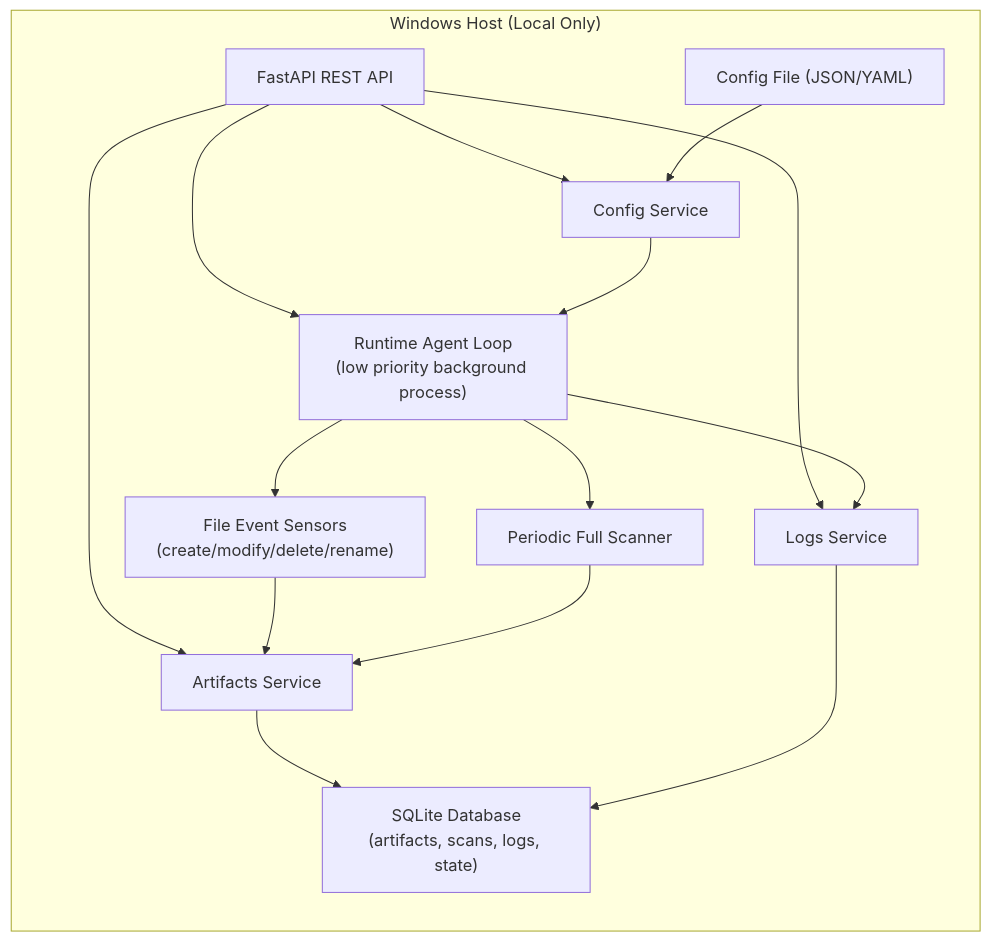
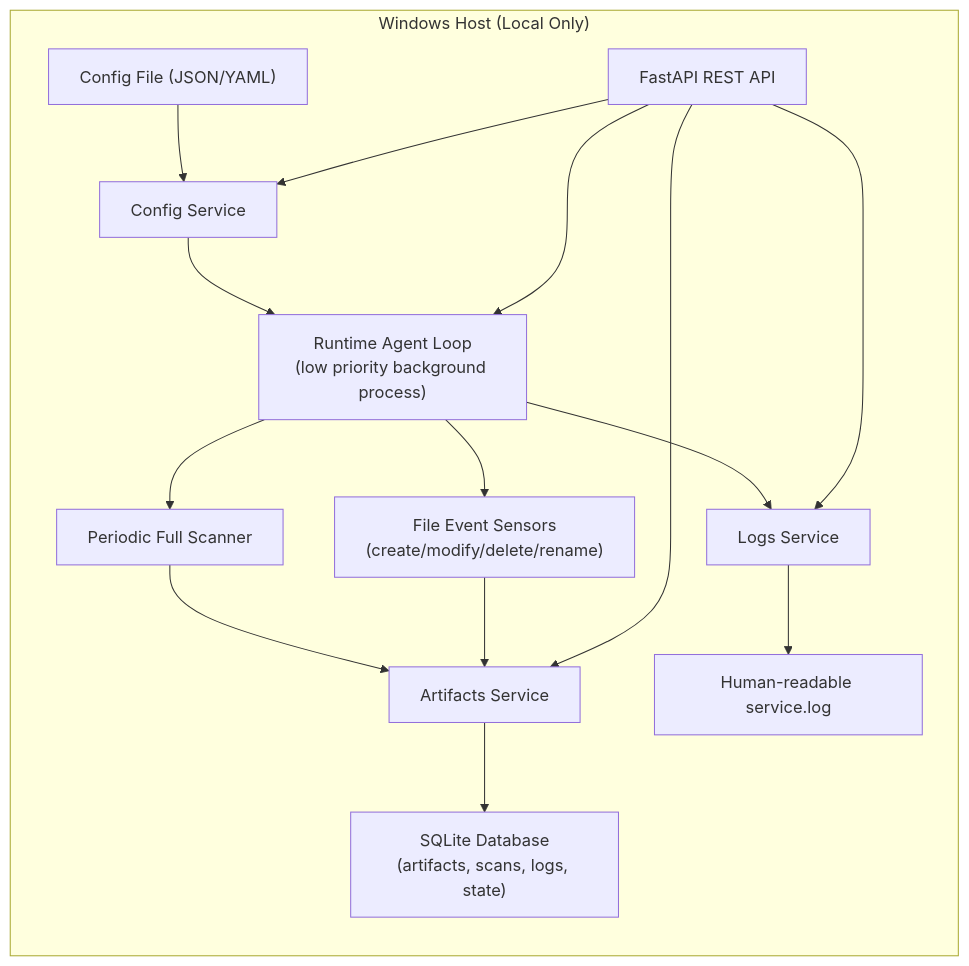
One commit to ym-liu/code-steward-agent changed the diagram in README.md. Above: the diagram before and after it, drawn with Mermaid. The commit also changed other lines of this file and 7 other files, not shown here.

````diff
--- a/README.md
+++ b/README.md
@@ -119,28 +162,29 @@
 ```mermaid
 flowchart LR
     subgraph UserMachine["Windows Host (Local Only)"]
         API["FastAPI REST API"]
         AgentLoop["Runtime Agent Loop\n(low priority background process)"]
         EventSensors["File Event Sensors\n(create/modify/delete/rename)"]
         PeriodicScan["Periodic Full Scanner"]
         ArtifactSvc["Artifacts Service"]
         LogSvc["Logs Service"]
+        LogFile["Human-readable service.log"]
         ConfigSvc["Config Service"]
         Store["SQLite Database\n(artifacts, scans, logs, state)"]
         ConfigFile["Config File (JSON/YAML)"]
     end
 
     API --> ArtifactSvc
     API --> LogSvc
     API --> ConfigSvc
     API --> AgentLoop
     ConfigFile --> ConfigSvc
     ConfigSvc --> AgentLoop
     AgentLoop --> EventSensors
     AgentLoop --> PeriodicScan
     EventSensors --> ArtifactSvc
     PeriodicScan --> ArtifactSvc
     ArtifactSvc --> Store
-    LogSvc --> Store
+    LogSvc --> LogFile
     AgentLoop --> LogSvc
 ```
````
